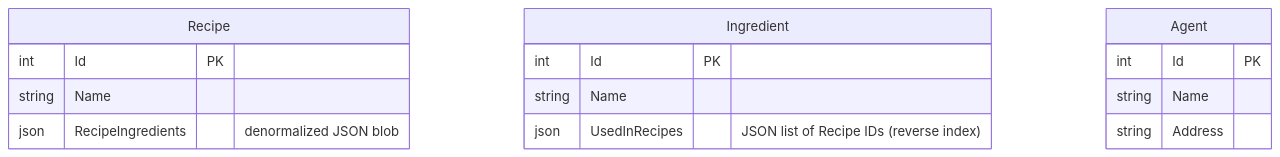
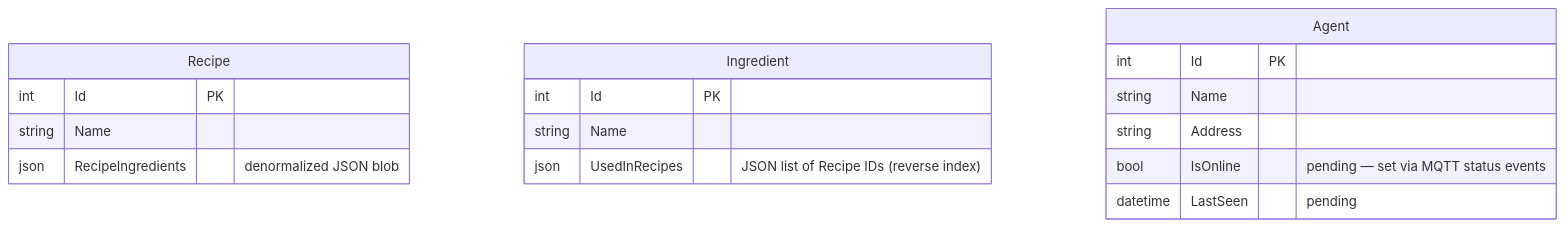
Before and after one commit to codeiakofficial/cocktailmaker: the sixth of 6 diagrams in docs/architecture.md, drawn with Mermaid. The commit also changed other lines of this file and 2 other files, not shown here.

````diff
--- a/docs/architecture.md
+++ b/docs/architecture.md
@@ -78,18 +102,20 @@
 ```mermaid
 erDiagram
     Recipe {
         int     Id                  PK
         string  Name
         json    RecipeIngredients   "denormalized JSON blob"
     }
     Ingredient {
         int     Id              PK
         string  Name
         json    UsedInRecipes   "JSON list of Recipe IDs (reverse index)"
     }
     Agent {
-        int     Id      PK
+        int     Id          PK
         string  Name
         string  Address
+        bool    IsOnline    "pending — set via MQTT status events"
+        datetime LastSeen   "pending"
     }
 ```
````
